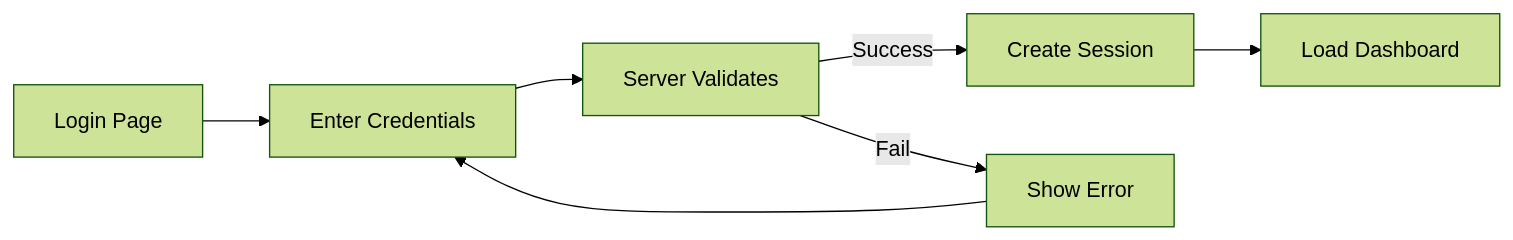
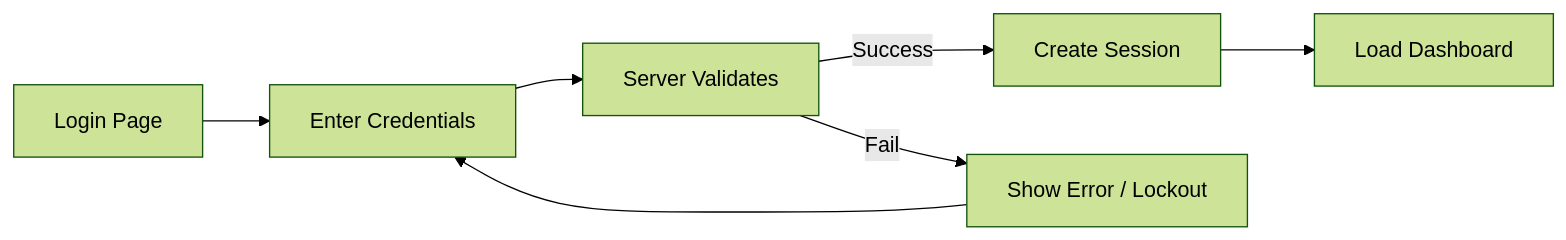
One commit to jshi1223/Payroll-Attendace changed the second of 2 diagrams in DOCUMENTATION.md. Above: the diagram before and after it, drawn with Mermaid (forest theme). The commit also changed other lines of this file and 27 other files, not shown here.

````diff
--- a/DOCUMENTATION.md
+++ b/DOCUMENTATION.md
@@ -104,9 +91,9 @@
 ```mermaid
 flowchart LR
     A[Login Page] --> B[Enter Credentials]
     B --> C[Server Validates]
     C -->|Success| D[Create Session]
-    C -->|Fail| E[Show Error]
+    C -->|Fail| E[Show Error / Lockout]
     D --> F[Load Dashboard]
     E --> B
 ```
````
